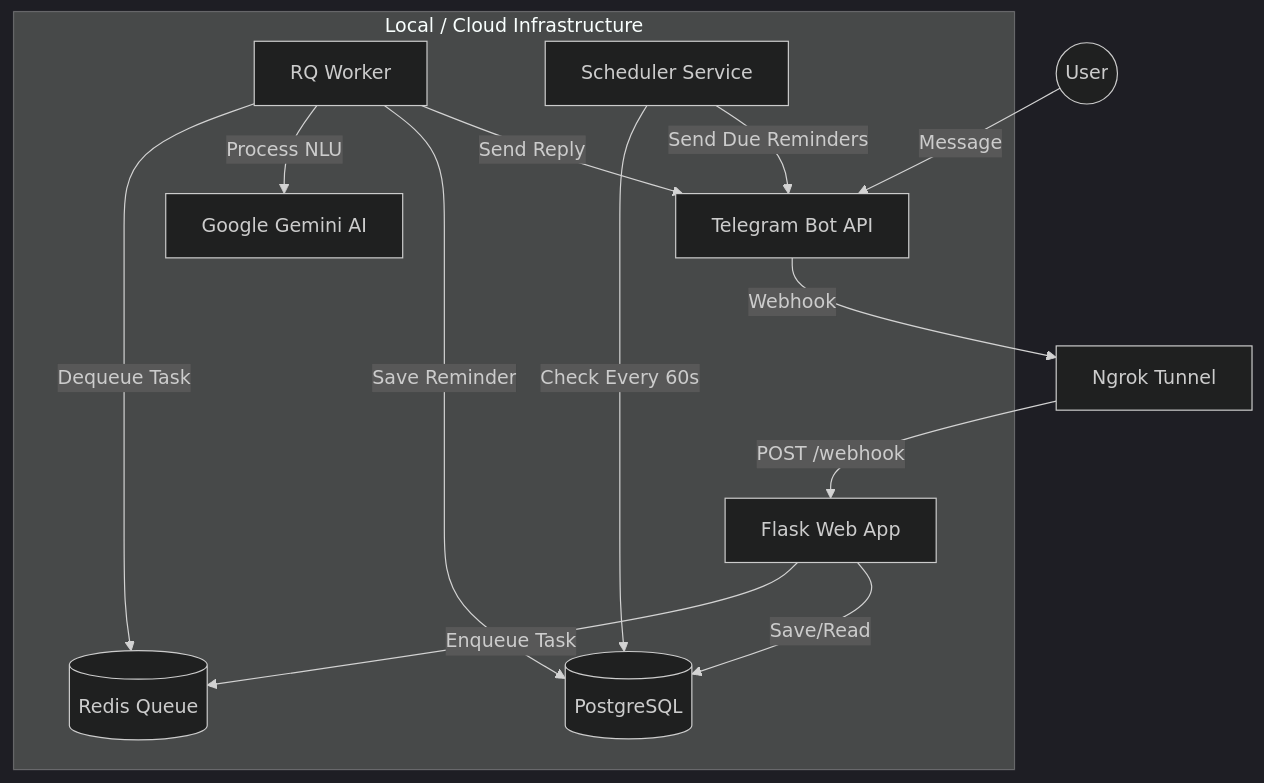
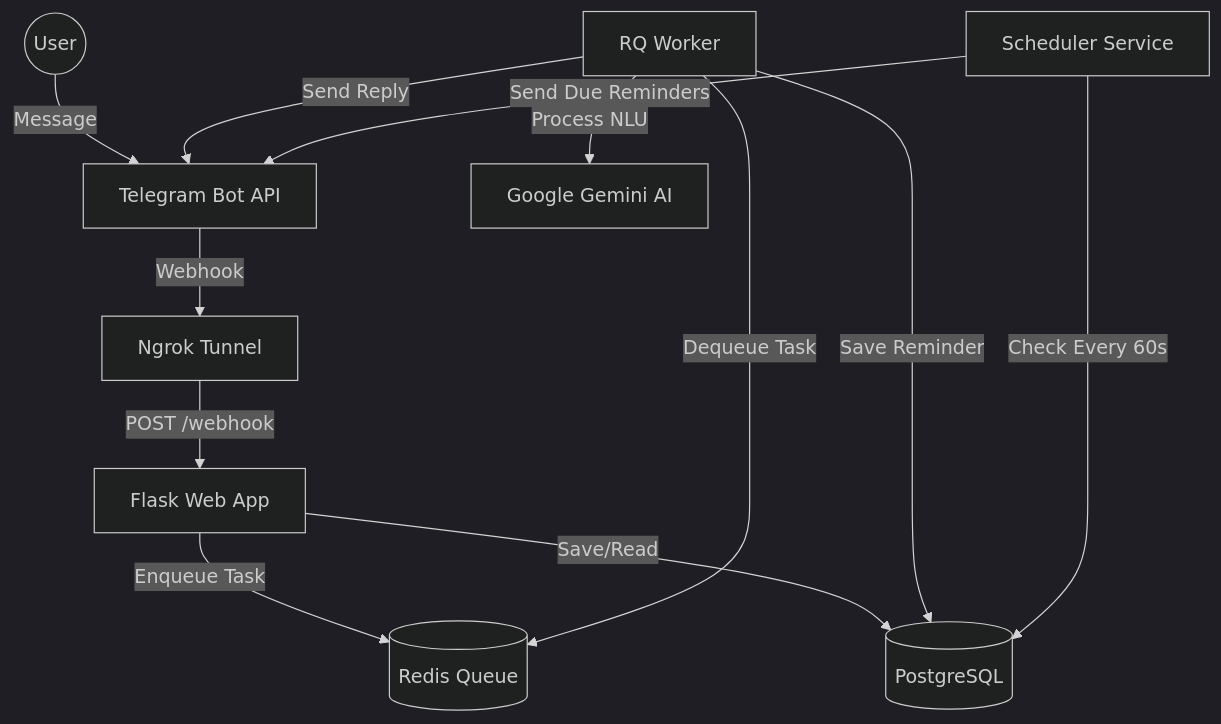
Before and after one commit to J0SAL/RemindMe: the diagram in README.md, drawn with Mermaid (dark theme).

Commit message:
readme update

````diff
--- a/README.md
+++ b/README.md
@@ -18,19 +18,17 @@
 ```mermaid
 graph TD
     User((User)) -->|Message| Telegram[Telegram Bot API]
     Telegram -->|Webhook| Ngrok[Ngrok Tunnel]
     Ngrok -->|POST /webhook| WebApp[Flask Web App]
     
-    subgraph "Local / Cloud Infrastructure"
-        WebApp -->|Enqueue Task| Redis[(Redis Queue)]
-        WebApp -->|Save/Read| DB[(PostgreSQL)]
-        
-        Worker[RQ Worker] -->|Dequeue Task| Redis
-        Worker -->|Process NLU| Gemini[Google Gemini AI]
-        Worker -->|Save Reminder| DB
-        Worker -->|Send Reply| Telegram
-        
-        Scheduler[Scheduler Service] -->|Check Every 60s| DB
-        Scheduler -->|Send Due Reminders| Telegram
-    end
+    WebApp -->|Enqueue Task| Redis[(Redis Queue)]
+    WebApp -->|Save/Read| DB[(PostgreSQL)]
+    
+    Worker[RQ Worker] -->|Dequeue Task| Redis
+    Worker -->|Process NLU| Gemini[Google Gemini AI]
+    Worker -->|Save Reminder| DB
+    Worker -->|Send Reply| Telegram
+    
+    Scheduler[Scheduler Service] -->|Check Every 60s| DB
+    Scheduler -->|Send Due Reminders| Telegram
 ```
````
